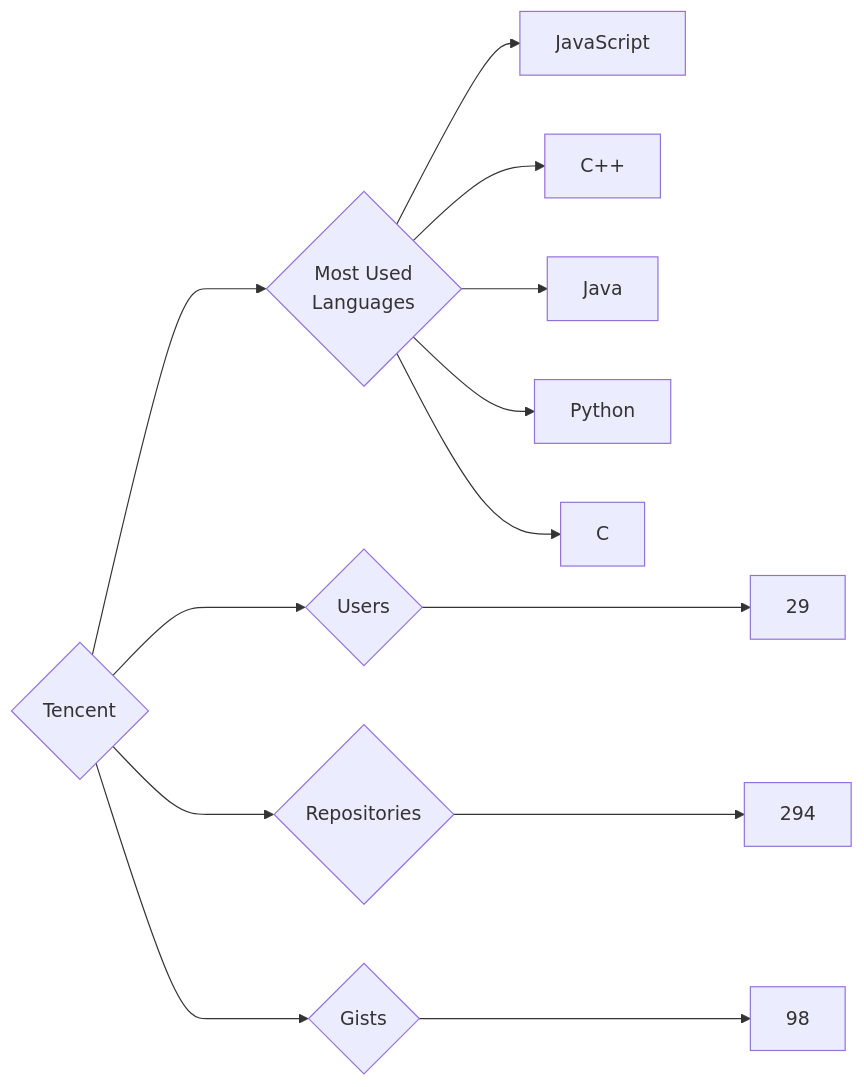
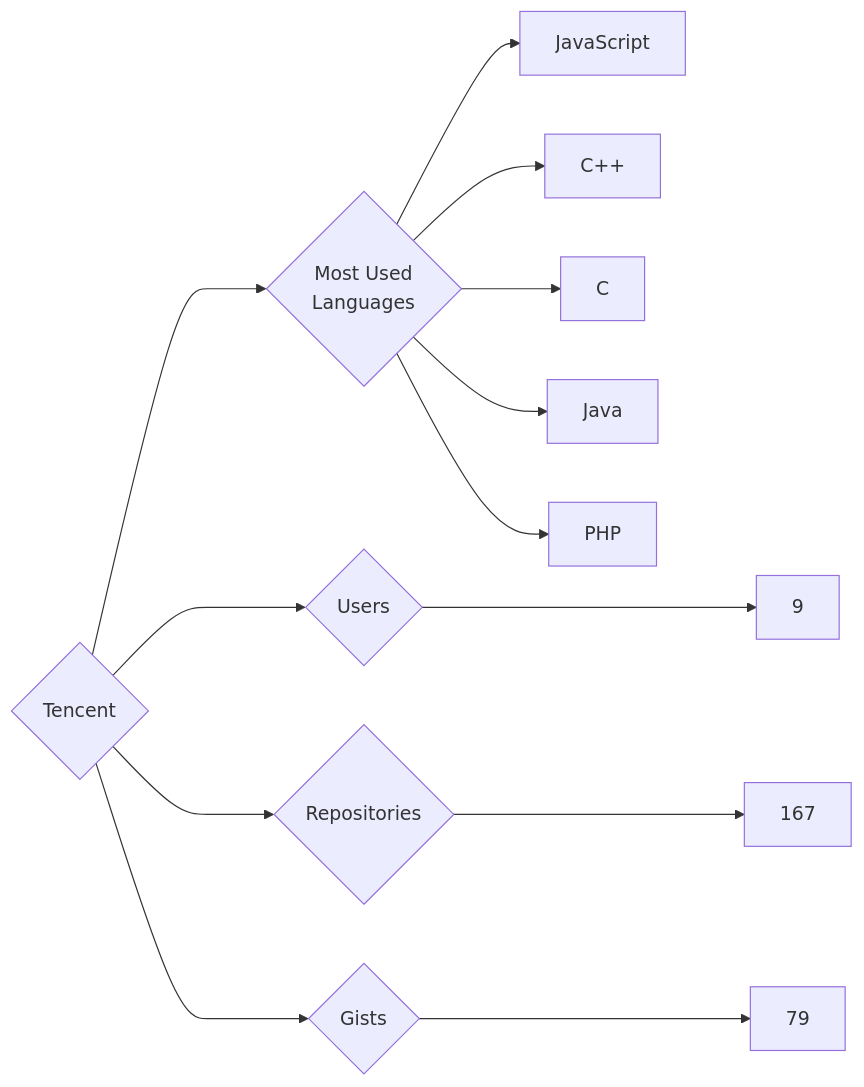
The diagram in targets/Tencent/README.md (trickest/insiders), drawn with Mermaid before and after one commit. The commit also changed 953 other files, not shown here.

````diff
--- a/targets/Tencent/README.md
+++ b/targets/Tencent/README.md
@@ -3,13 +3,13 @@
 ```mermaid
 graph LR
 COMPANY_NAME{Tencent}
-COMPANY_NAME ---> U{Users} ---> UN[29]
-COMPANY_NAME ---> R{Repositories} ---> RN[294]
-COMPANY_NAME ---> G{Gists} ---> GN[98]
+COMPANY_NAME ---> U{Users} ---> UN[9]
+COMPANY_NAME ---> R{Repositories} ---> RN[167]
+COMPANY_NAME ---> G{Gists} ---> GN[79]
 COMPANY_NAME ---> ML{Most Used<br>Languages}
 ML --> JavaScript[JavaScript]
 ML --> C++[C++]
+ML --> C[C]
 ML --> Java[Java]
-ML --> Python[Python]
-ML --> C[C]
+ML --> PHP[PHP]
 ```
````
